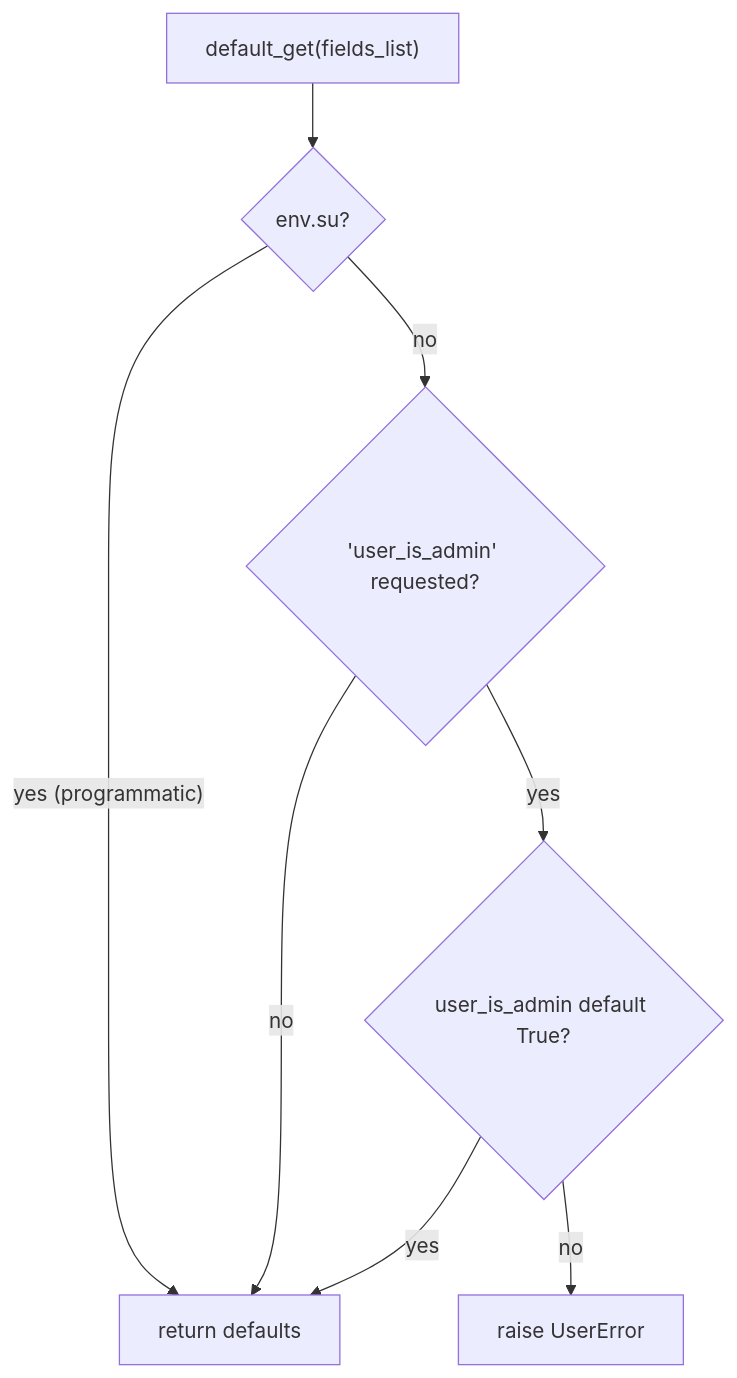
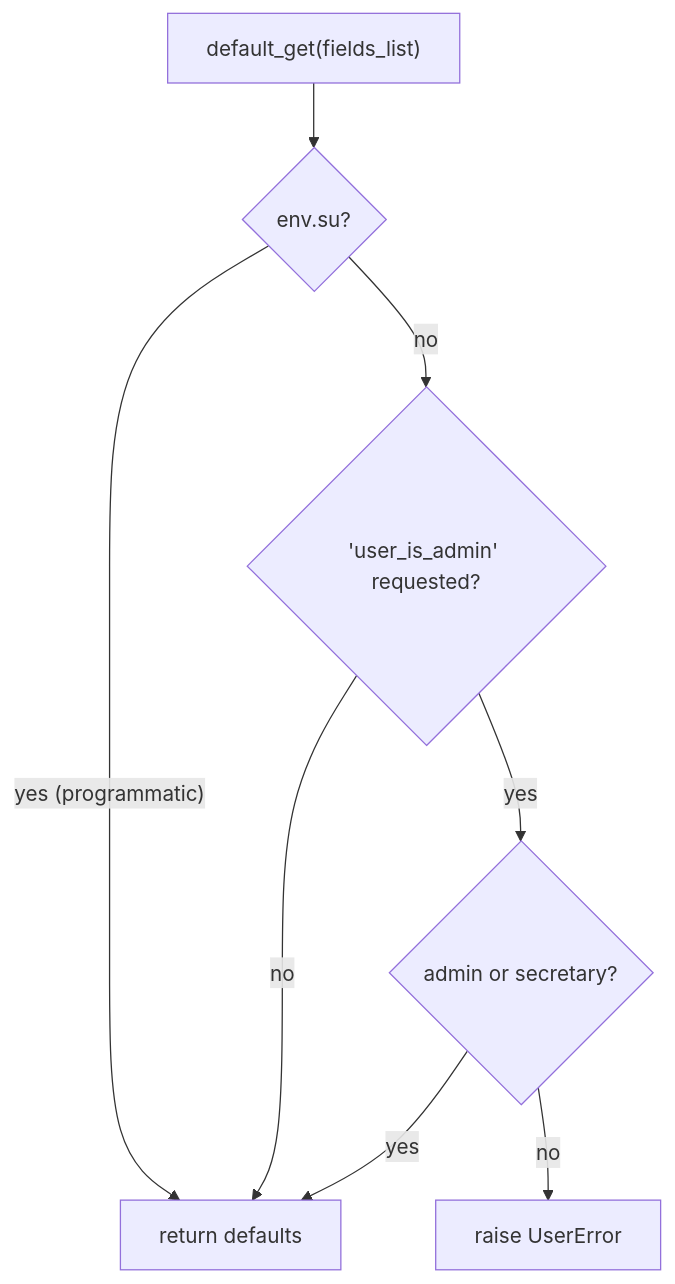
One commit to ElPuig/IMS changed the first of 3 diagrams in docs/en/developers/contacts/enrollment.md. Above: the diagram before and after it, drawn with Mermaid. The commit also changed other lines of this file and 15 other files, not shown here.

````diff
--- a/docs/en/developers/contacts/enrollment.md
+++ b/docs/en/developers/contacts/enrollment.md
@@ -28,10 +28,10 @@
 ```mermaid
 flowchart TD
     A["default_get(fields_list)"] --> B{"env.su?"}
     B -- yes (programmatic) --> Z[return defaults]
     B -- no --> C{"'user_is_admin' requested?"}
     C -- no --> Z
-    C -- yes --> D{"user_is_admin default True?"}
+    C -- yes --> D{"admin or secretary?"}
     D -- yes --> Z
     D -- no --> E["raise UserError"]
 ```
````
